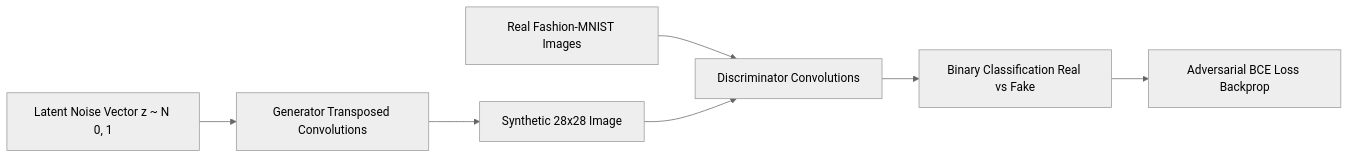
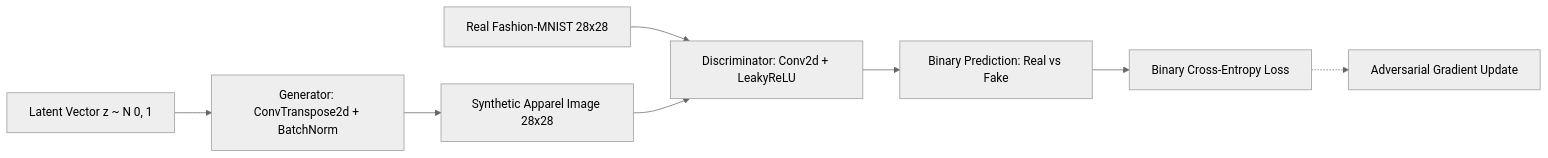
The diagram in README.md (Bhumikaravi/DCGAN-Fashion-Website), drawn with Mermaid (neutral theme) before and after one commit. The commit also changed other lines of this file, not shown here.

Commit message:
docs: modernize README with dynamic banners, system architecture, and setup instructions

````diff
--- a/README.md
+++ b/README.md
@@ -17,9 +41,10 @@
 ```mermaid
 flowchart LR
-    A[Latent Noise Vector z ~ N 0, 1] --> B[Generator Transposed Convolutions]
-    B --> C[Synthetic 28x28 Image]
-    D[Real Fashion-MNIST Images] --> E[Discriminator Convolutions]
-    C --> E
-    E --> F[Binary Classification Real vs Fake]
-    F --> G[Adversarial BCE Loss Backprop]
+    Noise[Latent Vector z ~ N 0, 1] --> Gen[Generator: ConvTranspose2d + BatchNorm]
+    Gen --> Fake[Synthetic Apparel Image 28x28]
+    Real[Real Fashion-MNIST 28x28] --> Disc[Discriminator: Conv2d + LeakyReLU]
+    Fake --> Disc
+    Disc --> Out[Binary Prediction: Real vs Fake]
+    Out --> Loss[Binary Cross-Entropy Loss]
+    Loss -.-> Backprop[Adversarial Gradient Update]
 ```
````
